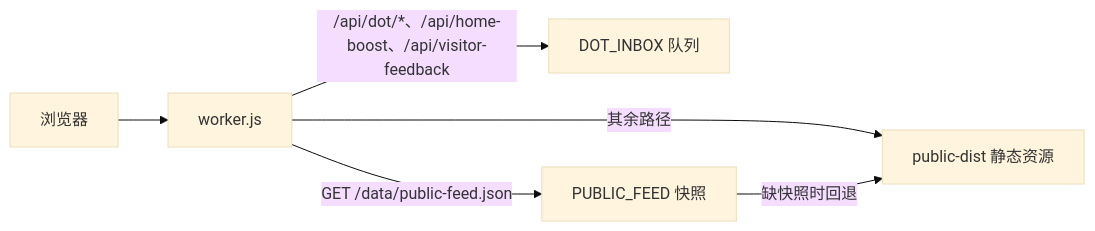
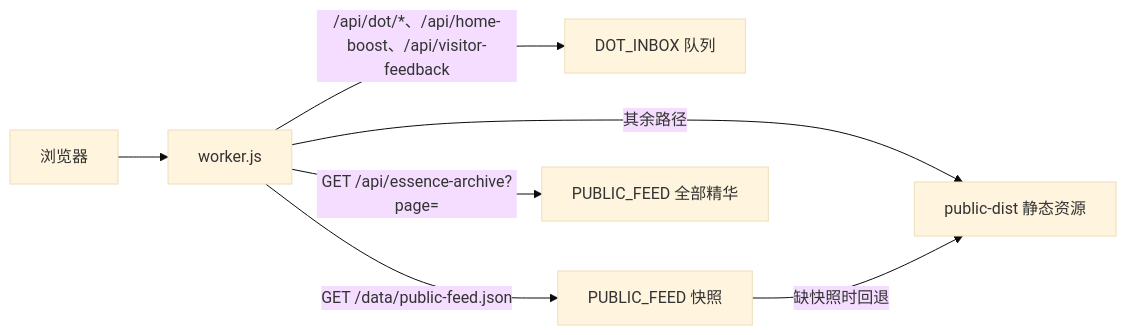
One commit to WoYun520/woyun-feed changed the diagram in docs/architecture.md. Above: the diagram before and after it, drawn with Mermaid (base theme). The commit also changed other lines of this file and 33 other files, not shown here.

````diff
--- a/docs/architecture.md
+++ b/docs/architecture.md
@@ -9,13 +9,14 @@
 ```mermaid
 flowchart LR
   browser[浏览器]
   worker[worker.js]
   assets[public-dist 静态资源]
   pending["DOT_INBOX 队列"]
   feed["PUBLIC_FEED 快照"]
   browser --> worker
   worker -->|"/api/dot/*、/api/home-boost、/api/visitor-feedback"| pending
   worker -->|GET /data/public-feed.json| feed
+  worker -->|"GET /api/essence-archive?page="| archive["PUBLIC_FEED 全部精华"]
   worker -->|其余路径| assets
   feed -->|缺快照时回退| assets
 ```
````
